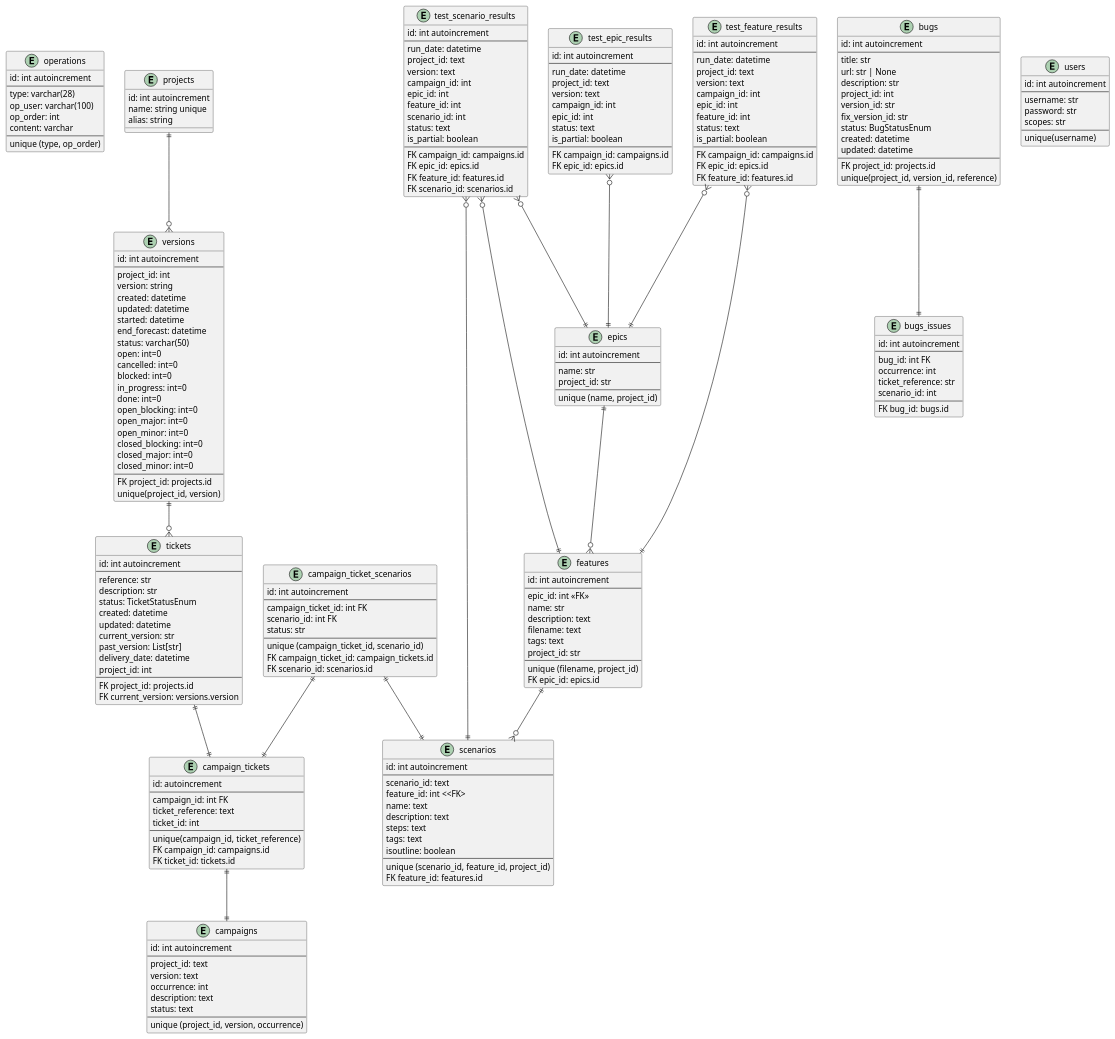
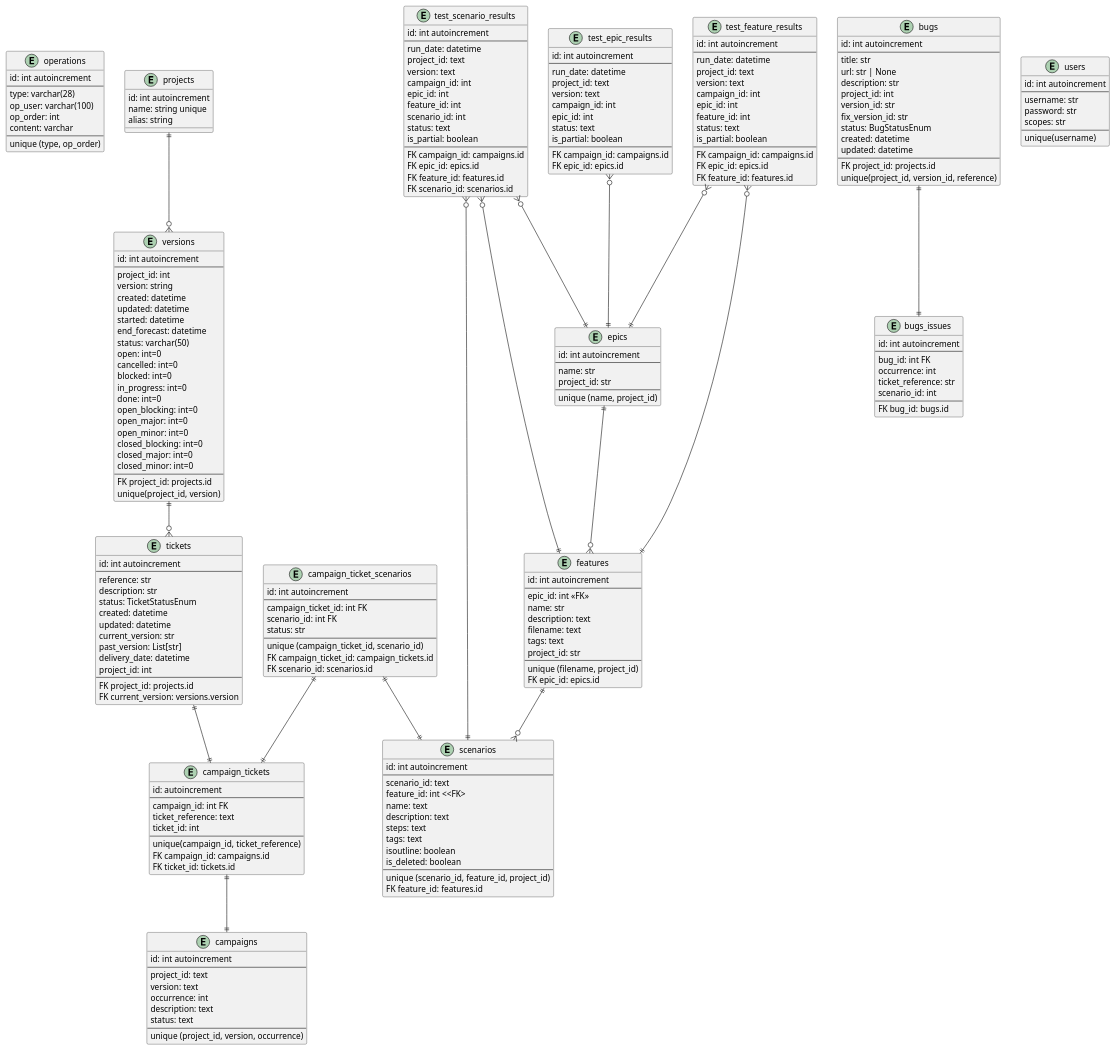
Before and after one commit to Hidden-goblin/eaidashboard: the diagram in documentation/sql_db.puml, drawn with PlantUML. The commit also changed 73 other files, not shown here.

```diff
--- a/documentation/sql_db.puml
+++ b/documentation/sql_db.puml
@@ -51,6 +51,7 @@
 steps: text
 tags: text
 isoutline: boolean
+is_deleted: boolean
 --
 unique (scenario_id, feature_id, project_id)
 FK feature_id: features.id
```
